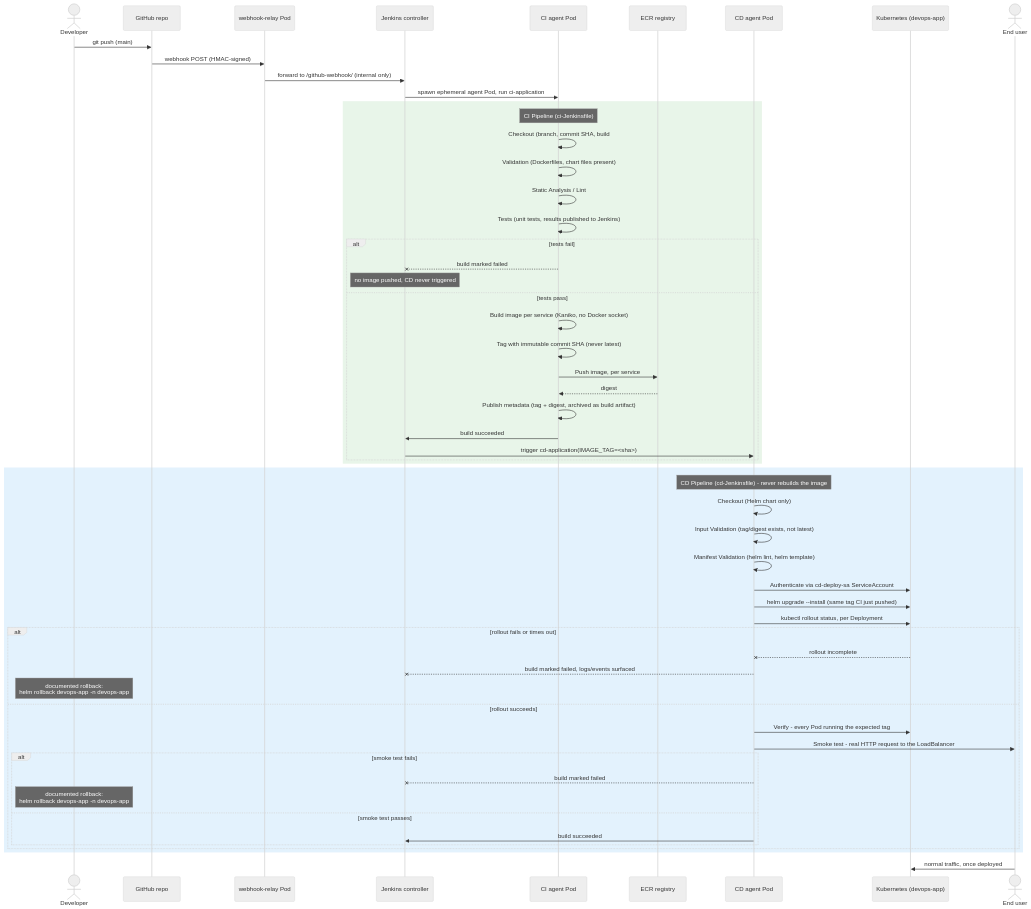
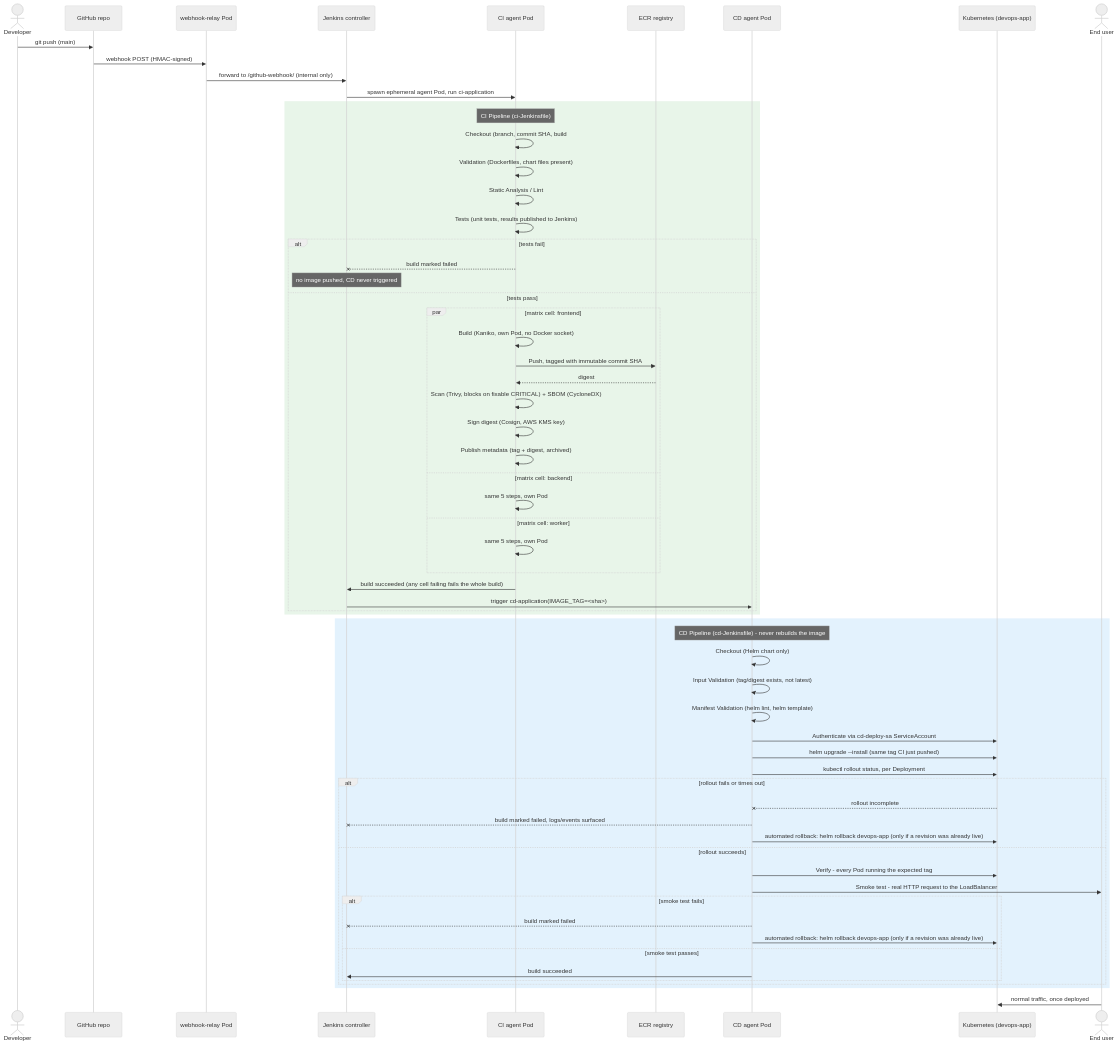
Before and after one commit to MaxTsyganov/Running_Devops_Project: the diagram in jenkins/pipeline-flow.mmd, drawn with Mermaid (neutral theme). The commit also changed 9 other files, not shown here.

First line of the commit message:
feat: add parallel matrix builds, SBOM, Cosign signing, automated rollback, and jenkins NetworkPolicies

```diff
--- a/jenkins/pipeline-flow.mmd
+++ b/jenkins/pipeline-flow.mmd
@@ -1,66 +1,73 @@
 %% Jenkins CI/CD architecture - Assignment 4 - Pipeline Flow View
 %% Logical order of a single run: commit -> CI -> image build -> registry ->
 %% CD -> rollout -> smoke test -> rollback. For where each of these actually
 %% runs (clusters/namespaces/Pods/network boundaries), see architecture.mmd.
 
 sequenceDiagram
     actor Dev as Developer
     participant GH as GitHub repo
     participant Relay as webhook-relay Pod
     participant Ctrl as Jenkins controller
     participant CI as CI agent Pod
     participant ECR as ECR registry
     participant CD as CD agent Pod
     participant K8s as Kubernetes (devops-app)
     actor User as End user
 
     Dev->>GH: git push (main)
     GH->>Relay: webhook POST (HMAC-signed)
     Relay->>Ctrl: forward to /github-webhook/ (internal only)
     Ctrl->>CI: spawn ephemeral agent Pod, run ci-application
 
     rect rgb(232, 245, 233)
         note over CI: CI Pipeline (ci-Jenkinsfile)
         CI->>CI: Checkout (branch, commit SHA, build #)
         CI->>CI: Validation (Dockerfiles, chart files present)
         CI->>CI: Static Analysis / Lint
         CI->>CI: Tests (unit tests, results published to Jenkins)
         alt tests fail
             CI--xCtrl: build marked failed
             note over Ctrl: no image pushed, CD never triggered
         else tests pass
-            CI->>CI: Build image per service (Kaniko, no Docker socket)
-            CI->>CI: Tag with immutable commit SHA (never latest)
-            CI->>ECR: Push image, per service
-            ECR-->>CI: digest
-            CI->>CI: Publish metadata (tag + digest, archived as build artifact)
-            CI->>Ctrl: build succeeded
+            par matrix cell: frontend
+                CI->>CI: Build (Kaniko, own Pod, no Docker socket)
+                CI->>ECR: Push, tagged with immutable commit SHA
+                ECR-->>CI: digest
+                CI->>CI: Scan (Trivy, blocks on fixable CRITICAL) + SBOM (CycloneDX)
+                CI->>CI: Sign digest (Cosign, AWS KMS key)
+                CI->>CI: Publish metadata (tag + digest, archived)
+            and matrix cell: backend
+                CI->>CI: same 5 steps, own Pod
+            and matrix cell: worker
+                CI->>CI: same 5 steps, own Pod
+            end
+            CI->>Ctrl: build succeeded (any cell failing fails the whole build)
             Ctrl->>CD: trigger cd-application(IMAGE_TAG=<sha>)
         end
     end
 
     rect rgb(227, 242, 253)
         note over CD: CD Pipeline (cd-Jenkinsfile) - never rebuilds the image
         CD->>CD: Checkout (Helm chart only)
         CD->>CD: Input Validation (tag/digest exists, not latest)
         CD->>CD: Manifest Validation (helm lint, helm template)
         CD->>K8s: Authenticate via cd-deploy-sa ServiceAccount
         CD->>K8s: helm upgrade --install (same tag CI just pushed)
         CD->>K8s: kubectl rollout status, per Deployment
         alt rollout fails or times out
             K8s--xCD: rollout incomplete
             CD--xCtrl: build marked failed, logs/events surfaced
-            note over Dev: documented rollback:<br/>helm rollback devops-app -n devops-app
+            CD->>K8s: automated rollback: helm rollback devops-app (only if a revision was already live)
         else rollout succeeds
             CD->>K8s: Verify - every Pod running the expected tag
             CD->>User: Smoke test - real HTTP request to the LoadBalancer
             alt smoke test fails
                 CD--xCtrl: build marked failed
-                note over Dev: documented rollback:<br/>helm rollback devops-app -n devops-app
+                CD->>K8s: automated rollback: helm rollback devops-app (only if a revision was already live)
             else smoke test passes
                 CD->>Ctrl: build succeeded
             end
         end
     end
 
     User->>K8s: normal traffic, once deployed
```
